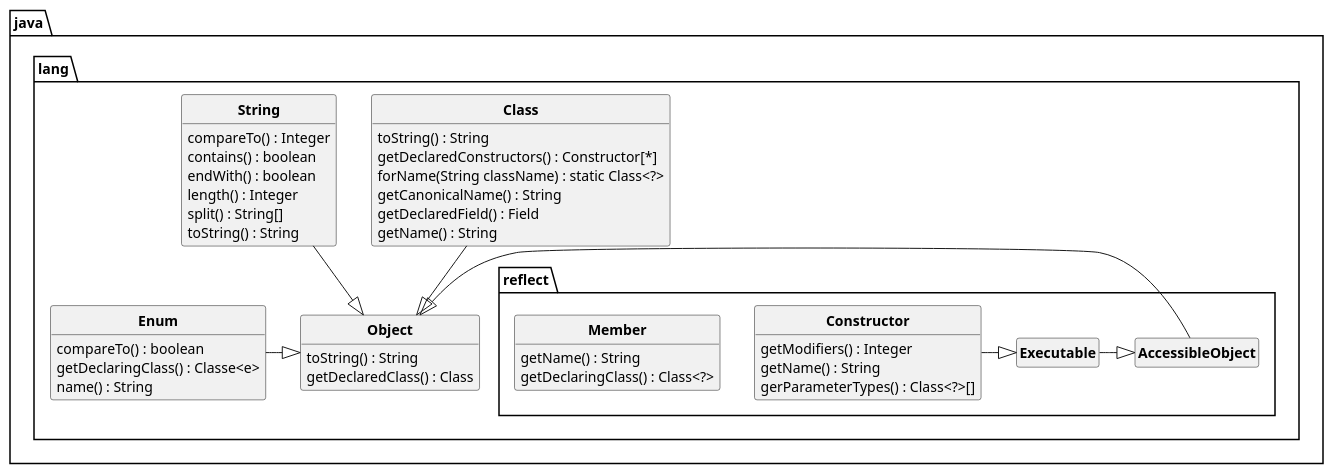
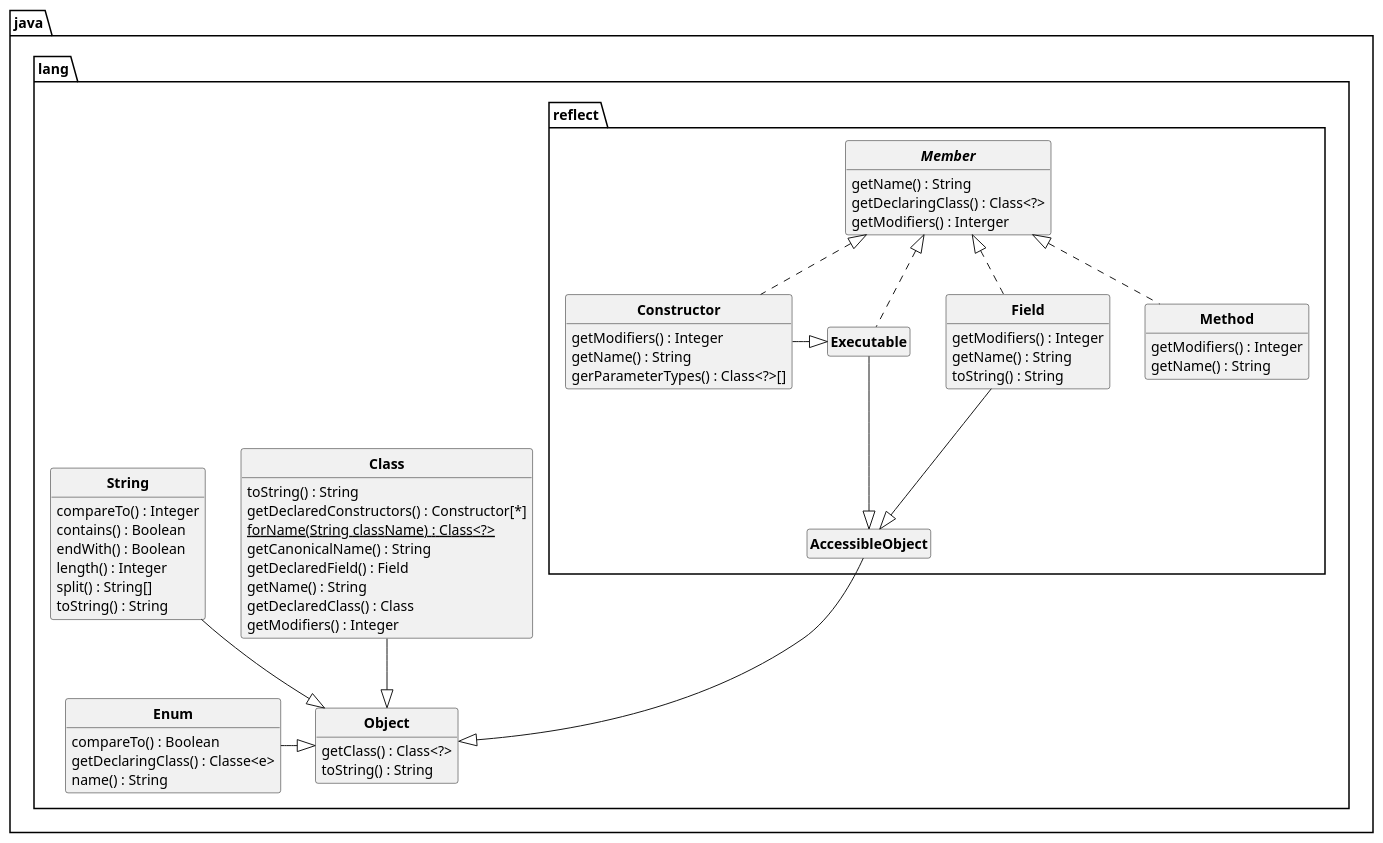
The diagram in semaine1/S1_P21/UML/DC_API.puml (D3B1RUM4N/SAE_P21), drawn with PlantUML before and after one commit.

Commit message:
- 9 classes - besoin de tout retracer pour voir les liaisons

```diff
--- a/semaine1/S1_P21/UML/DC_API.puml
+++ b/semaine1/S1_P21/UML/DC_API.puml
@@ -1,105 +1,122 @@
 @startuml
 'https://plantuml.com/class-diagram
 
 skinparam style strictuml
 skinparam classAttributeIconSize 0
 skinparam classFontStyle Bold
 hide empty members
 
 package java.lang
 {
     class Object
     {
+        getClass() : Class<?>
         toString() : String
-        getDeclaredClass() : Class
     }
 
     class Class
     {
         toString() : String
         getDeclaredConstructors() : Constructor[*]
-        forName(String className) : static Class<?>
+        forName(String className) : {static} Class<?>
         getCanonicalName() : String
         getDeclaredField() : Field
         getName() : String
         '   contien le package en plus
+        getDeclaredClass() : Class
+        getModifiers() : Integer
 
     }
 
     class String
     {
         compareTo() : Integer
-        contains() : boolean
-        endWith() : boolean
+        contains() : Boolean
+        endWith() : Boolean
         length() : Integer
         split() : String[]
         toString() : String
     }
 
     class Enum
     {
-        compareTo() : boolean
+        compareTo() : Boolean
         getDeclaringClass() : Classe<e>
         name() : String
     }
 
     package reflect
     {
-        class Member
+        Interface Member
         {
             getName() : String
             getDeclaringClass() : Class<?>
+            getModifiers() : Interger
         }
 
         class AccessibleObject
         {
             'getAnnotations() : Annotation[*]
             'getDeclaredAnnotations() : Annotation[*]
         }
 
-        class Executable
+        class Executable implements Member
         {
             'getDeclaredAnnotations() : Annotation[*]
         }
 
-        class Constructor
+        class Constructor implements Member
         {
             getModifiers() : Integer
             getName() : String
             gerParameterTypes() : Class<?>[]
+        }
+
+        class Field implements Member
+        {
+            getModifiers() : Integer
+            getName() : String
+            toString() : String
+        }
+
+        class Method implements Member
+        {
+            getModifiers() : Integer
+            getName() : String
         }
     }
 }
 
 Class --|> Object
 String --|> Object
 Enum -|> Object
 
-AccessibleObject -|> Object
+AccessibleObject --|> Object
 Executable -|> AccessibleObject
+Field --|> AccessibleObject
 Constructor -|> Executable
 
 /'abstract class AbstractList
 abstract AbstractCollection
 interface List
 interface Collection
 
 List <|-- AbstractList
 Collection <|-- AbstractCollection
 
 Collection <|- List
 AbstractCollection <|- AbstractList
 AbstractList <|-- ArrayList
 
 class ArrayList {
 Object[] elementData
 size()
 }
 
 enum TimeUnit {
 DAYS
 HOURS
 MINUTES
 }'/
 
 @enduml
```
